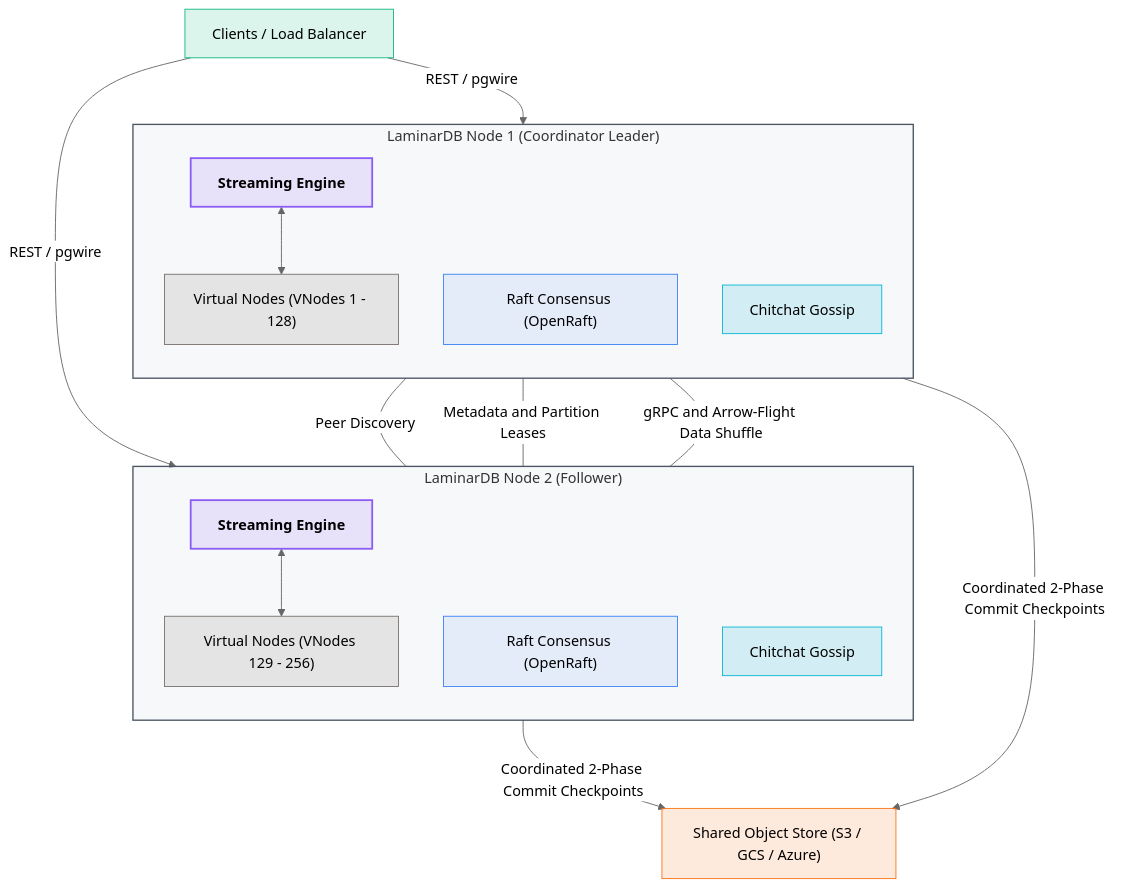
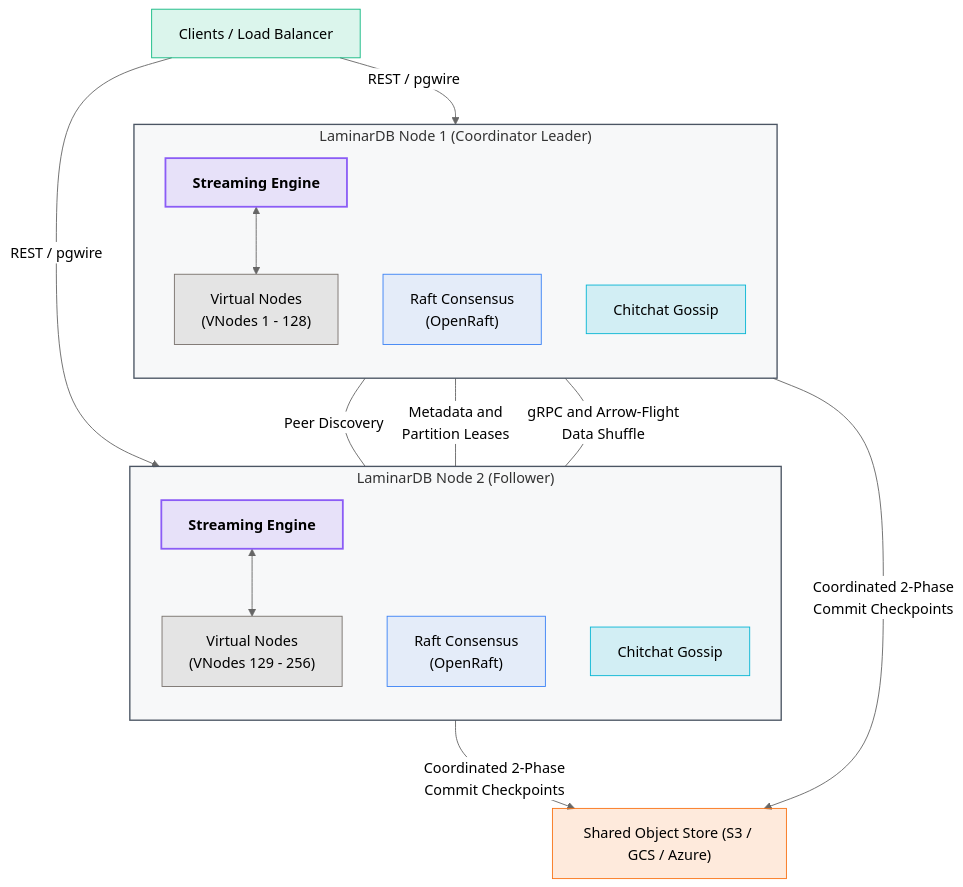
Before and after one commit to laminardb/laminardb: the fourth of 5 diagrams in README.md, drawn with Mermaid (neutral theme). The commit also changed other lines of this file, not shown here.

Commit message:
docs: wrap long Mermaid node and link labels with br tags

````diff
--- a/README.md
+++ b/README.md
@@ -564,45 +564,45 @@
 ```mermaid
 graph TD
     classDef clientClass fill:#10b981,fill-opacity:0.15,stroke:#10b981,stroke-width:1px;
     classDef engineClass fill:#8b5cf6,fill-opacity:0.15,stroke:#8b5cf6,stroke-width:2px,font-weight:bold;
     classDef raftClass fill:#3b82f6,fill-opacity:0.1,stroke:#3b82f6,stroke-width:1px;
     classDef gossipClass fill:#06b6d4,fill-opacity:0.15,stroke:#06b6d4,stroke-width:1px;
     classDef vnodeClass fill:#78716c,fill-opacity:0.15,stroke:#78716c,stroke-width:1px;
     classDef storageClass fill:#f97316,fill-opacity:0.15,stroke:#f97316,stroke-width:1px;
 
     Client["Clients / Load Balancer"]:::clientClass
     
     subgraph Node1["LaminarDB Node 1 (Coordinator Leader)"]
         direction TB
         E1["Streaming Engine"]:::engineClass
-        Raft1["Raft Consensus (OpenRaft)"]:::raftClass
+        Raft1["Raft Consensus<br/>(OpenRaft)"]:::raftClass
         Gossip1["Chitchat Gossip"]:::gossipClass
-        VNodes1["Virtual Nodes (VNodes 1 - 128)"]:::vnodeClass
+        VNodes1["Virtual Nodes<br/>(VNodes 1 - 128)"]:::vnodeClass
         E1 <--> VNodes1
     end
 
     subgraph Node2["LaminarDB Node 2 (Follower)"]
         direction TB
         E2["Streaming Engine"]:::engineClass
-        Raft2["Raft Consensus (OpenRaft)"]:::raftClass
+        Raft2["Raft Consensus<br/>(OpenRaft)"]:::raftClass
         Gossip2["Chitchat Gossip"]:::gossipClass
-        VNodes2["Virtual Nodes (VNodes 129 - 256)"]:::vnodeClass
+        VNodes2["Virtual Nodes<br/>(VNodes 129 - 256)"]:::vnodeClass
         E2 <--> VNodes2
     end
 
     %% Client Operations
     Client -->|"REST / pgwire"| Node1
     Client -->|"REST / pgwire"| Node2
 
     %% Node Communication
     Gossip1 ---|"Peer Discovery"| Gossip2
-    Raft1 ---|"Metadata and Partition Leases"| Raft2
-    E1 ---|"gRPC and Arrow-Flight Data Shuffle"| E2
+    Raft1 ---|"Metadata and<br/>Partition Leases"| Raft2
+    E1 ---|"gRPC and Arrow-Flight<br/>Data Shuffle"| E2
 
     %% Distributed Durability
-    Node1 -->|"Coordinated 2-Phase Commit Checkpoints"| SharedStore["Shared Object Store (S3 / GCS / Azure)"]:::storageClass
-    Node2 -->|"Coordinated 2-Phase Commit Checkpoints"| SharedStore:::storageClass
+    Node1 -->|"Coordinated 2-Phase<br/>Commit Checkpoints"| SharedStore["Shared Object Store (S3 / GCS / Azure)"]:::storageClass
+    Node2 -->|"Coordinated 2-Phase<br/>Commit Checkpoints"| SharedStore:::storageClass
 
     style Node1 fill:#6b7280,fill-opacity:0.05,stroke:#4b5563,stroke-width:1.5px
     style Node2 fill:#6b7280,fill-opacity:0.05,stroke:#4b5563,stroke-width:1.5px
 ```
````
